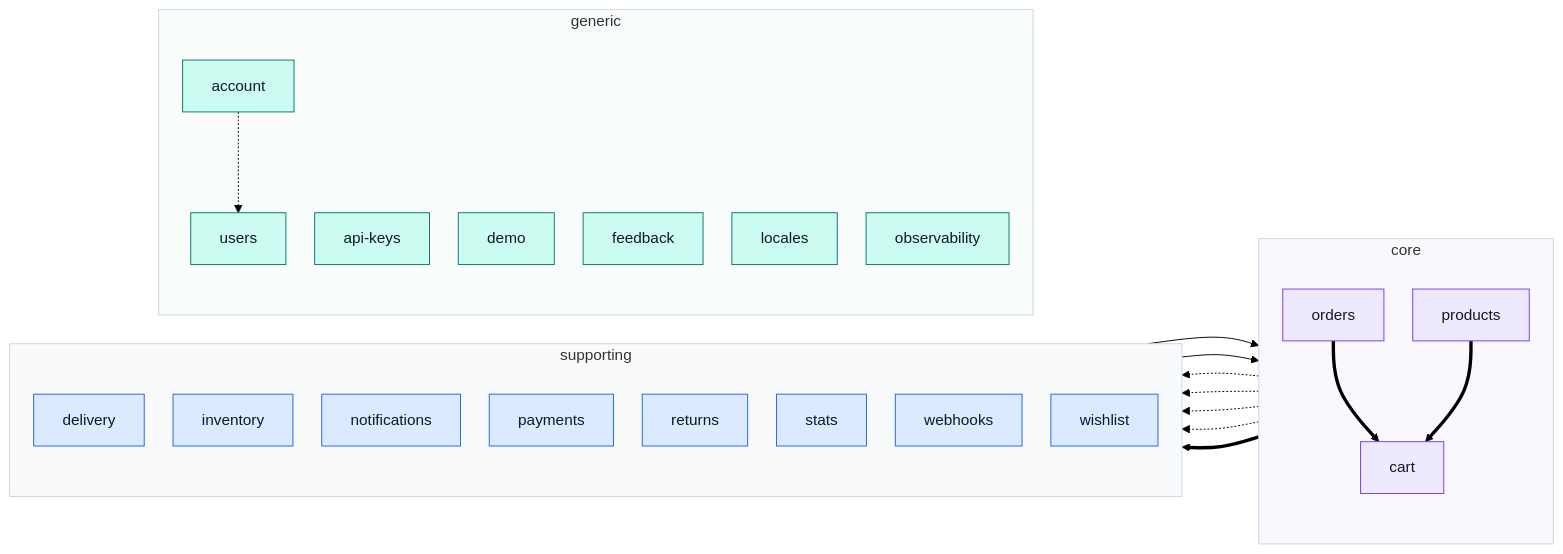
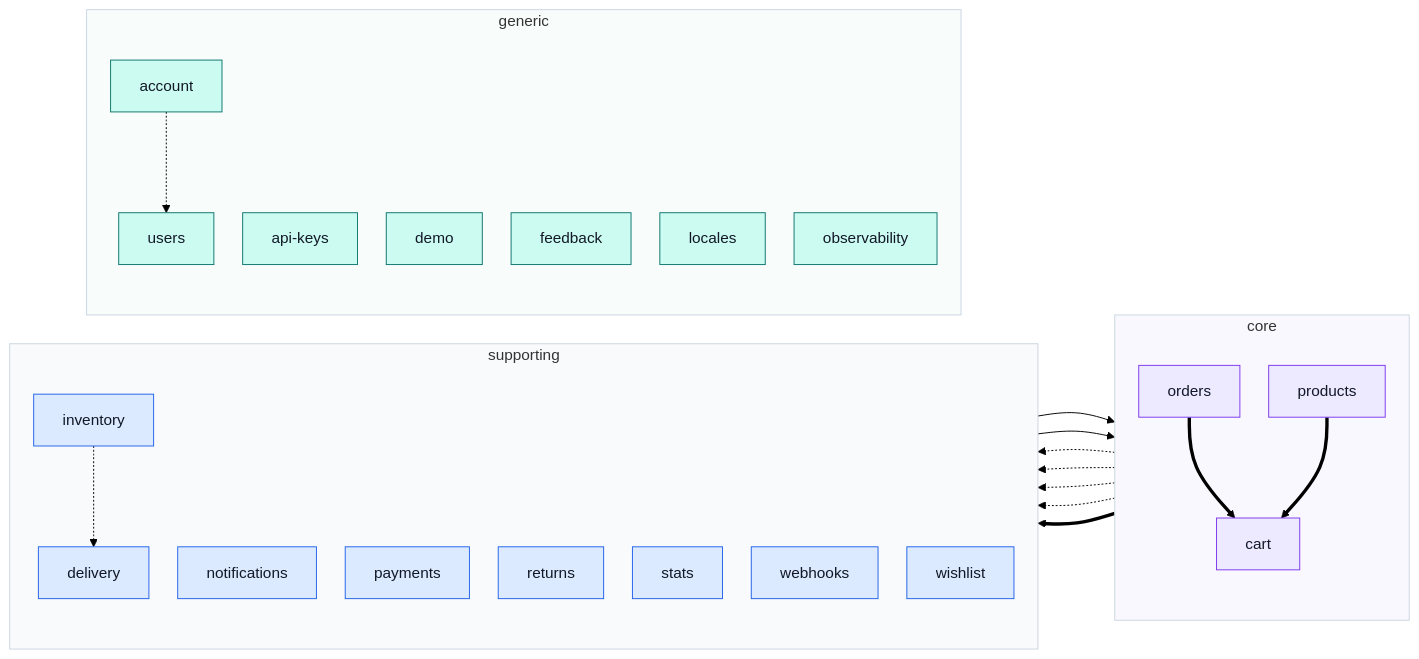
Before and after one commit to Guebbit/boilerplate-vue-frontend: the diagram in docs/modules/index.md, drawn with Mermaid (forest theme). The commit also changed other lines of this file and 28 other files, not shown here.

````diff
--- a/docs/modules/index.md
+++ b/docs/modules/index.md
@@ -34,51 +34,52 @@
 ```mermaid
 %%{init: {'flowchart': {'nodeSpacing': 30, 'rankSpacing': 80}}}%%
 flowchart LR
     subgraph CORE["core"]
         direction TB
         cart["cart"]
         orders["orders"]
         products["products"]
     end
     subgraph SUPPORTING["supporting"]
         direction TB
         delivery["delivery"]
         inventory["inventory"]
         notifications["notifications"]
         payments["payments"]
         returns["returns"]
         stats["stats"]
         webhooks["webhooks"]
         wishlist["wishlist"]
     end
     subgraph GENERIC["generic"]
         direction TB
         account["account"]
         apiKeys["api-keys"]
         demo["demo"]
         feedback["feedback"]
         locales["locales"]
         observability["observability"]
         users["users"]
     end
     account -.-> users
     cart -.-> delivery
     inventory --> products
+    inventory -.-> delivery
     orders ==> cart
     orders -.-> delivery
     orders -.-> payments
     orders -.-> returns
     products ==> cart
     products ==> wishlist
     wishlist --> cart
 
     classDef core fill:#ede9fe,stroke:#7c3aed,color:#111827;
     classDef supporting fill:#dbeafe,stroke:#2563eb,color:#111827;
     classDef generic fill:#ccfbf1,stroke:#0f766e,color:#111827;
     class cart,orders,products core;
     class delivery,inventory,notifications,payments,returns,stats,webhooks,wishlist supporting;
     class account,apiKeys,demo,feedback,locales,observability,users generic;
     style CORE fill:#faf8ff,stroke:#cbd5e1
     style SUPPORTING fill:#f8fafc,stroke:#cbd5e1
     style GENERIC fill:#f8fdfc,stroke:#cbd5e1
 ```
````
